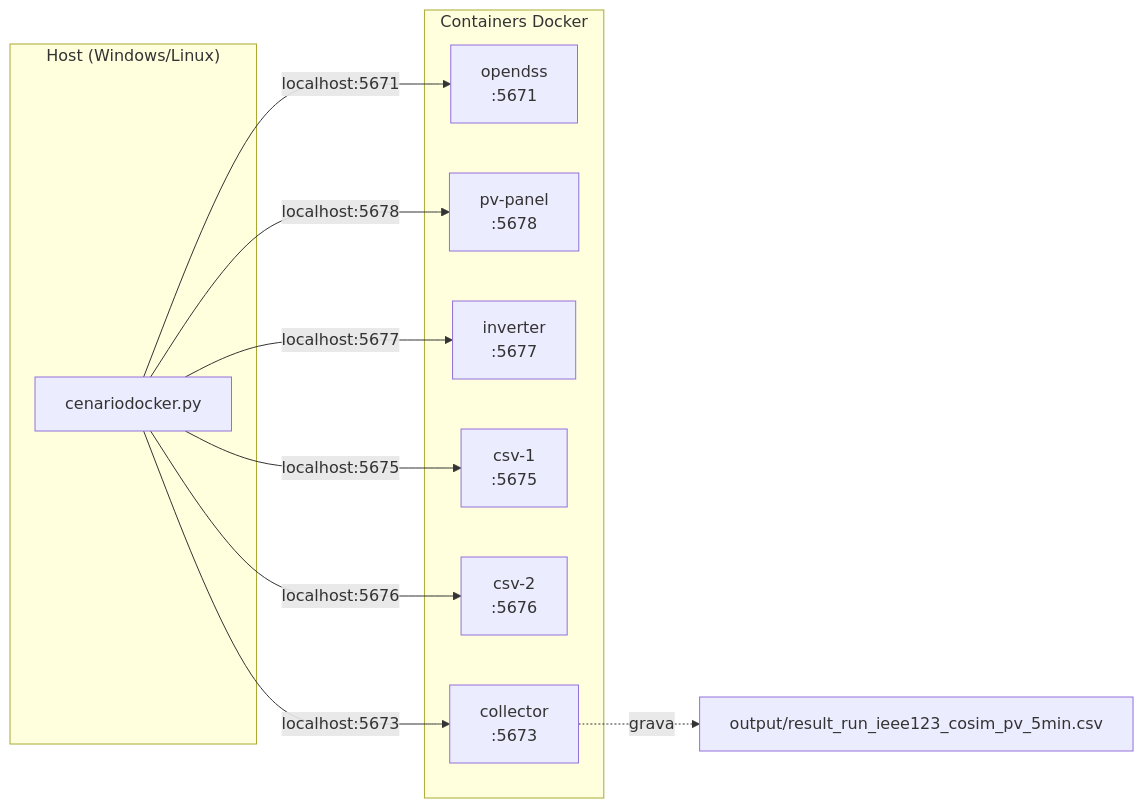
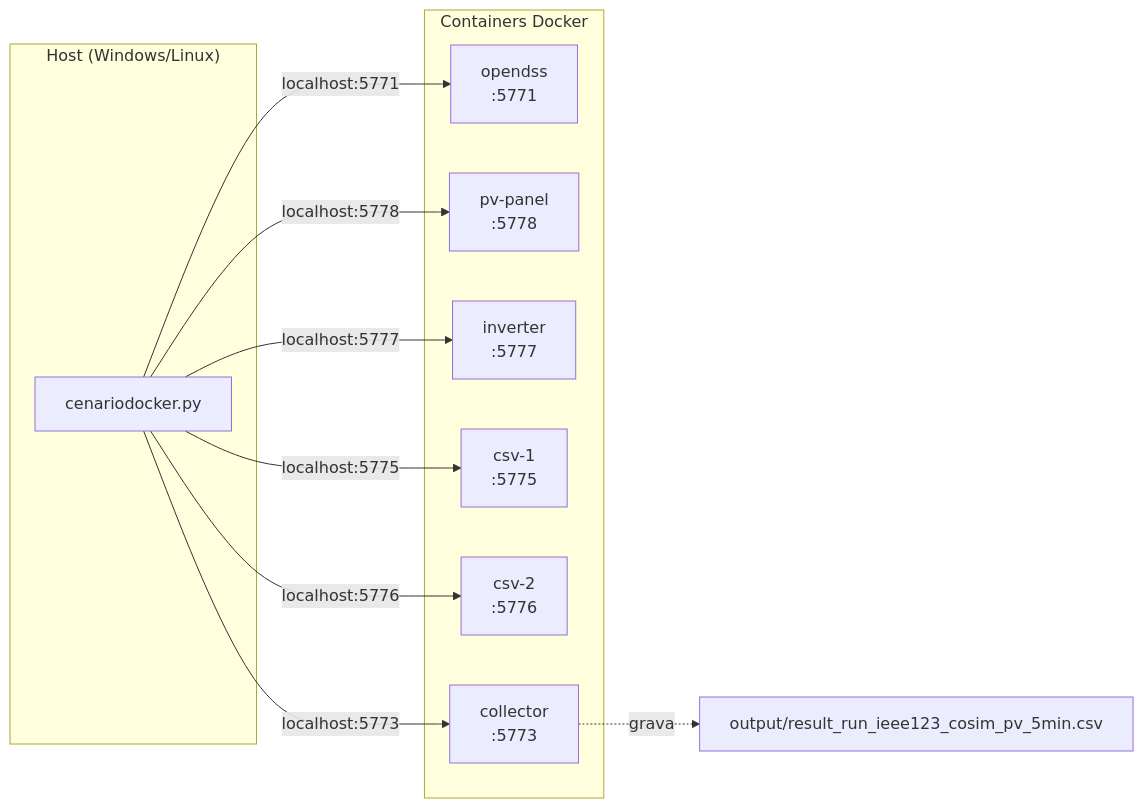
One commit to grei-ufc/tsre-der-opentes changed the diagram in docs/tutorials/docker-co-simulation.md. Above: the diagram before and after it, drawn with Mermaid. The commit also changed other lines of this file and 19 other files, not shown here.

````diff
--- a/docs/tutorials/docker-co-simulation.md
+++ b/docs/tutorials/docker-co-simulation.md
@@ -17,25 +17,25 @@
 ```mermaid
 flowchart LR
     subgraph Host["Host (Windows/Linux)"]
         Cenario["cenariodocker.py"]
     end
 
     subgraph Containers["Containers Docker"]
-        DSS["opendss<br/>:5671"]
-        PV["pv-panel<br/>:5678"]
-        InvC["inverter<br/>:5677"]
-        CSV1["csv-1<br/>:5675"]
-        CSV2["csv-2<br/>:5676"]
-        CollC["collector<br/>:5673"]
+        DSS["opendss<br/>:5771"]
+        PV["pv-panel<br/>:5778"]
+        InvC["inverter<br/>:5777"]
+        CSV1["csv-1<br/>:5775"]
+        CSV2["csv-2<br/>:5776"]
+        CollC["collector<br/>:5773"]
     end
 
     Output["output/result_run_ieee123_cosim_pv_5min.csv"]
 
-    Cenario -->|localhost:5671| DSS
-    Cenario -->|localhost:5678| PV
-    Cenario -->|localhost:5677| InvC
-    Cenario -->|localhost:5675| CSV1
-    Cenario -->|localhost:5676| CSV2
-    Cenario -->|localhost:5673| CollC
+    Cenario -->|localhost:5771| DSS
+    Cenario -->|localhost:5778| PV
+    Cenario -->|localhost:5777| InvC
+    Cenario -->|localhost:5775| CSV1
+    Cenario -->|localhost:5776| CSV2
+    Cenario -->|localhost:5773| CollC
     CollC -.->|grava| Output
 ```
````
